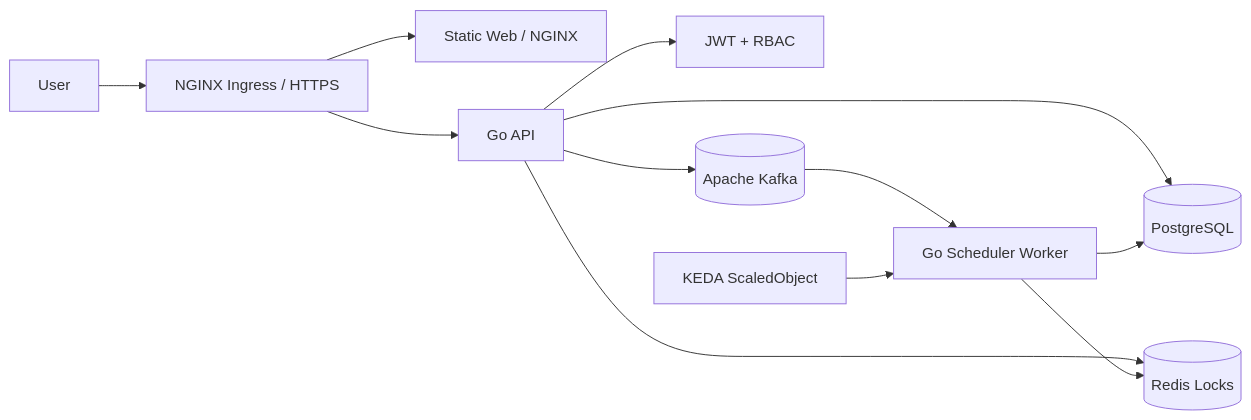
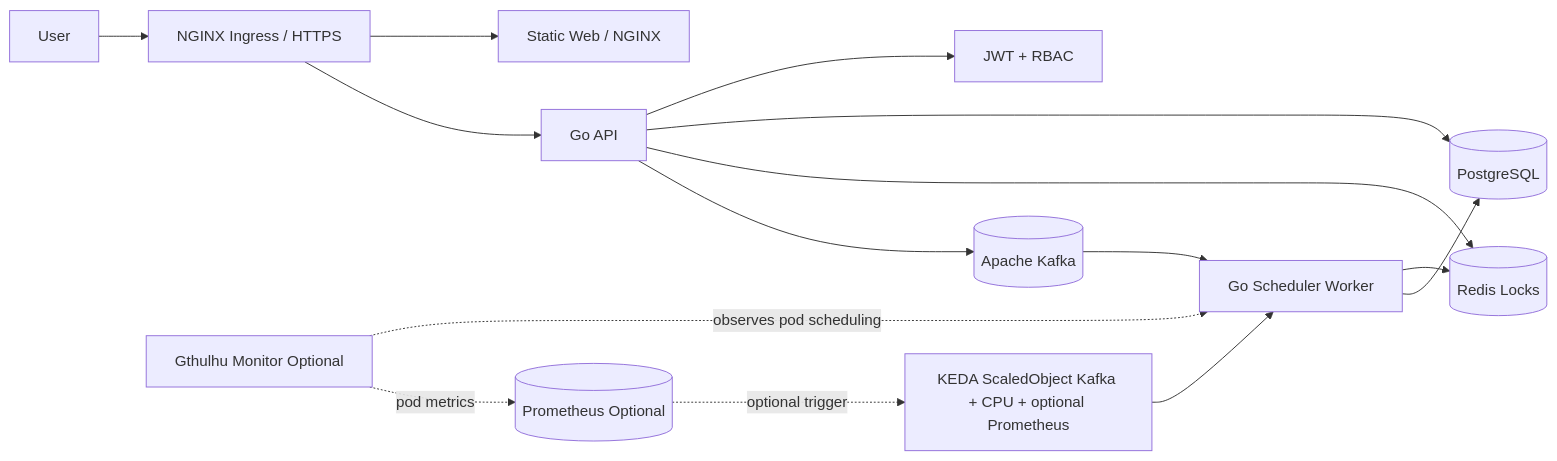
Before and after one commit to DBGR18/WOMS: the diagram in README.en.md, drawn with Mermaid. The commit also changed other lines of this file and 9 other files, not shown here.

````diff
--- a/README.en.md
+++ b/README.en.md
@@ -27,14 +29,17 @@
 ```mermaid
 flowchart LR
   User[User] --> Ingress[NGINX Ingress / HTTPS]
   Ingress --> Web[Static Web / NGINX]
   Ingress --> API[Go API]
   API --> Auth[JWT + RBAC]
   API --> DB[(PostgreSQL)]
   API --> Redis[(Redis Locks)]
   API --> Kafka[(Apache Kafka)]
   Kafka --> Worker[Go Scheduler Worker]
   Worker --> Redis
   Worker --> DB
-  KEDA[KEDA ScaledObject] --> Worker
+  Gthulhu[Gthulhu Monitor Optional] -. observes pod scheduling .-> Worker
+  Gthulhu -. pod metrics .-> Prometheus[(Prometheus Optional)]
+  Prometheus -. optional trigger .-> KEDA
+  KEDA[KEDA ScaledObject Kafka + CPU + optional Prometheus] --> Worker
 ```
````
